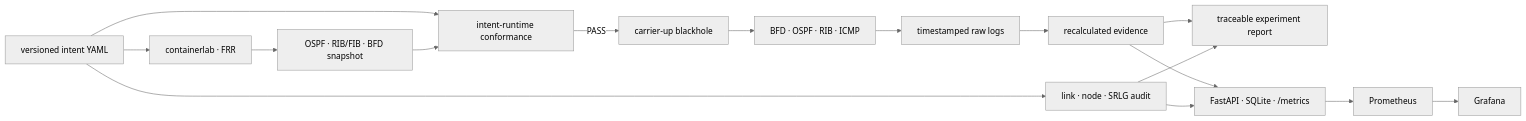
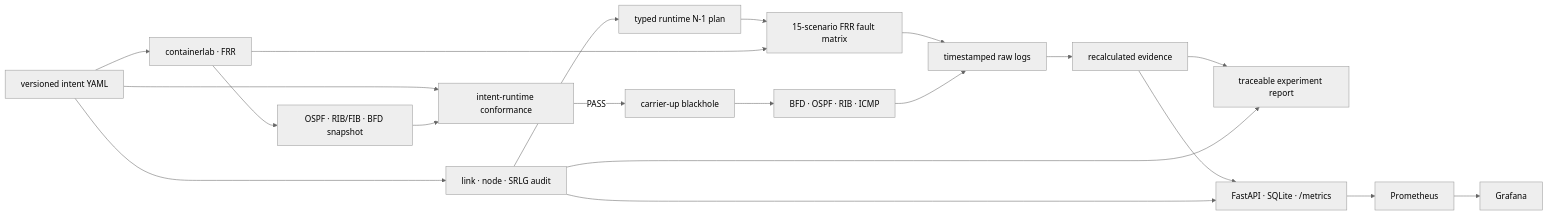
The diagram in README.md (teriyakki-jin/telconet-sentinel), drawn with Mermaid (neutral theme) before and after one commit. The commit also changed other lines of this file and 11 other files, not shown here.

First line of the commit message:
feat: verify N-1 model against FRR runtime (#40)

````diff
--- a/README.md
+++ b/README.md
@@ -213,18 +224,22 @@
 ```mermaid
 flowchart LR
     INTENT["versioned intent YAML"] --> LAB["containerlab · FRR"]
     INTENT --> AUDIT["link · node · SRLG audit"]
+    AUDIT --> PLAN["typed runtime N-1 plan"]
     INTENT --> PREFLIGHT["intent-runtime conformance"]
     LAB --> SNAPSHOT["OSPF · RIB/FIB · BFD snapshot"]
     SNAPSHOT --> PREFLIGHT
     PREFLIGHT -->|PASS| FAULT["carrier-up blackhole"]
+    PLAN --> MATRIX["15-scenario FRR fault matrix"]
+    LAB --> MATRIX
+    MATRIX --> RAW
     FAULT --> OBSERVE["BFD · OSPF · RIB · ICMP"]
     OBSERVE --> RAW["timestamped raw logs"]
     RAW --> EVIDENCE["recalculated evidence"]
     EVIDENCE --> REPORT["traceable experiment report"]
     EVIDENCE --> API["FastAPI · SQLite · /metrics"]
     AUDIT --> REPORT
     AUDIT --> API
     API --> PROM["Prometheus"]
     PROM --> GRAFANA["Grafana"]
 ```
````
